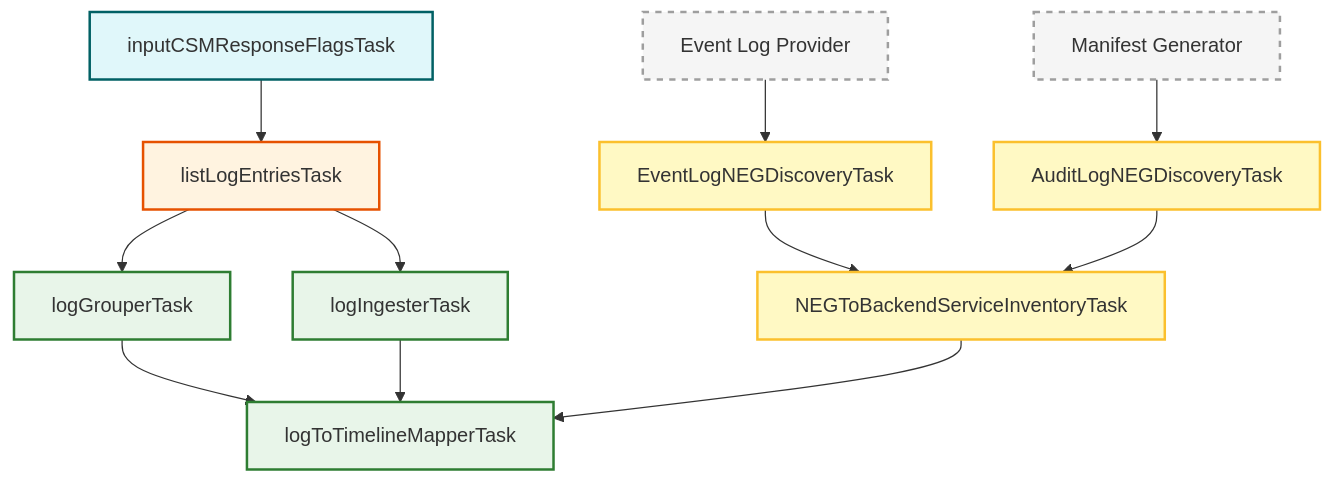
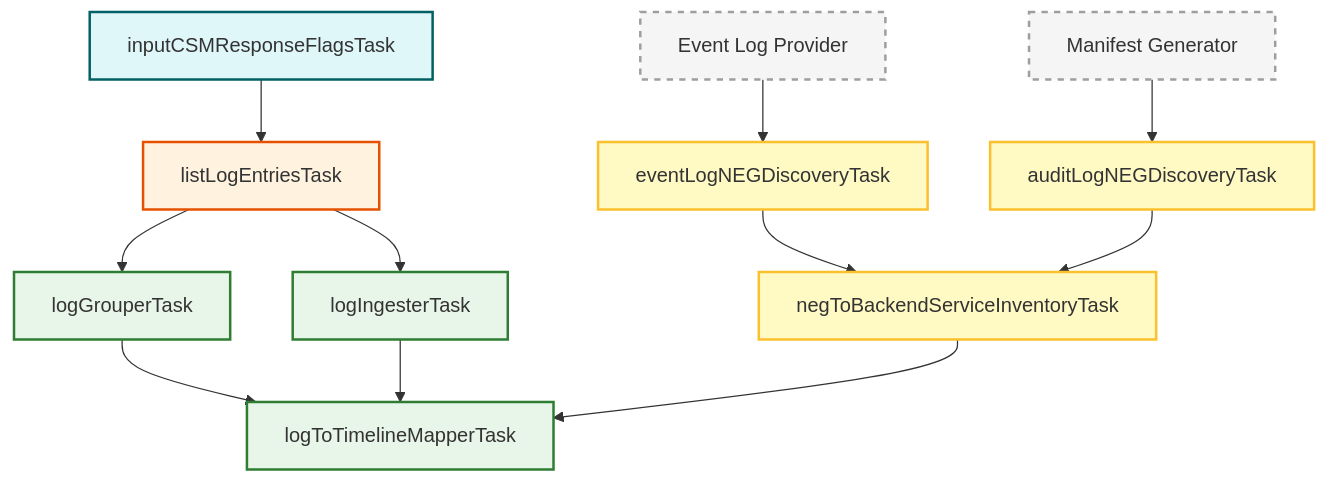
Before and after one commit to GoogleCloudPlatform/khi: the diagram in pkg/task/inspection/googlecloud/csm/README.md, drawn with Mermaid. The commit also changed other lines of this file and 17 other files, not shown here.

````diff
--- a/pkg/task/inspection/googlecloud/csm/README.md
+++ b/pkg/task/inspection/googlecloud/csm/README.md
@@ -32,28 +32,28 @@
 ```mermaid
 graph TD
     classDef input fill:#e0f7fa,stroke:#006064,stroke-width:2px;
     classDef query fill:#fff3e0,stroke:#e65100,stroke-width:2px;
     classDef pipeline fill:#e8f5e9,stroke:#2e7d32,stroke-width:2px;
     classDef inventory fill:#fff9c4,stroke:#fbc02d,stroke-width:2px;
 
     classDef external fill:#f5f5f5,stroke:#9e9e9e,stroke-width:2px,stroke-dasharray: 5 5;
 
     %% External Tasks
     EventLogs[Event Log Provider]:::external
     ManifestGen[Manifest Generator]:::external
 
     %% Inventory
-    EventLogs --> EventDiscovery[EventLogNEGDiscoveryTask]:::inventory
-    ManifestGen --> AuditDiscovery[AuditLogNEGDiscoveryTask]:::inventory
-    EventDiscovery --> Inventory[NEGToBackendServiceInventoryTask]:::inventory
+    EventLogs --> EventDiscovery[eventLogNEGDiscoveryTask]:::inventory
+    ManifestGen --> AuditDiscovery[auditLogNEGDiscoveryTask]:::inventory
+    EventDiscovery --> Inventory[negToBackendServiceInventoryTask]:::inventory
     AuditDiscovery --> Inventory
 
     %% CSM Traffic Log Pipeline
     FlagsInput[inputCSMResponseFlagsTask]:::input
     FlagsInput --> ListLogs[listLogEntriesTask]:::query
     ListLogs --> Ingester[logIngesterTask]:::pipeline
     ListLogs --> Grouper[logGrouperTask]:::pipeline
     Grouper --> Mapper[logToTimelineMapperTask]:::pipeline
     Ingester --> Mapper
     Inventory --> Mapper
 ```
````
